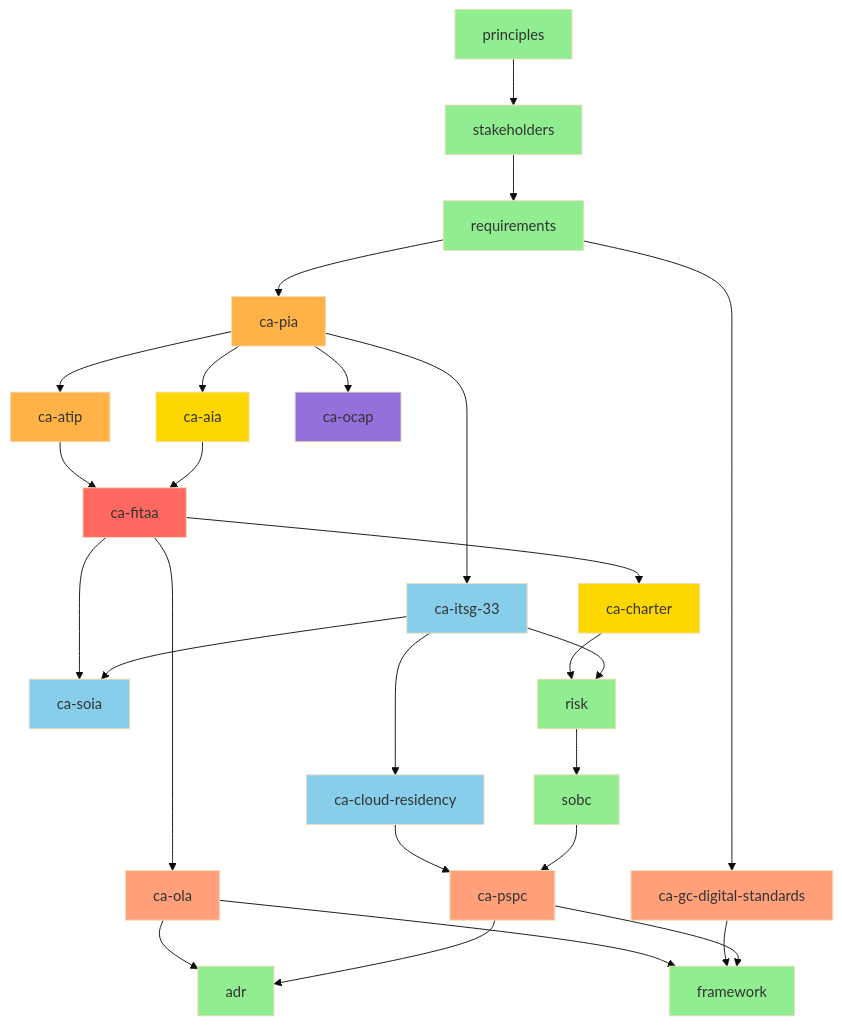
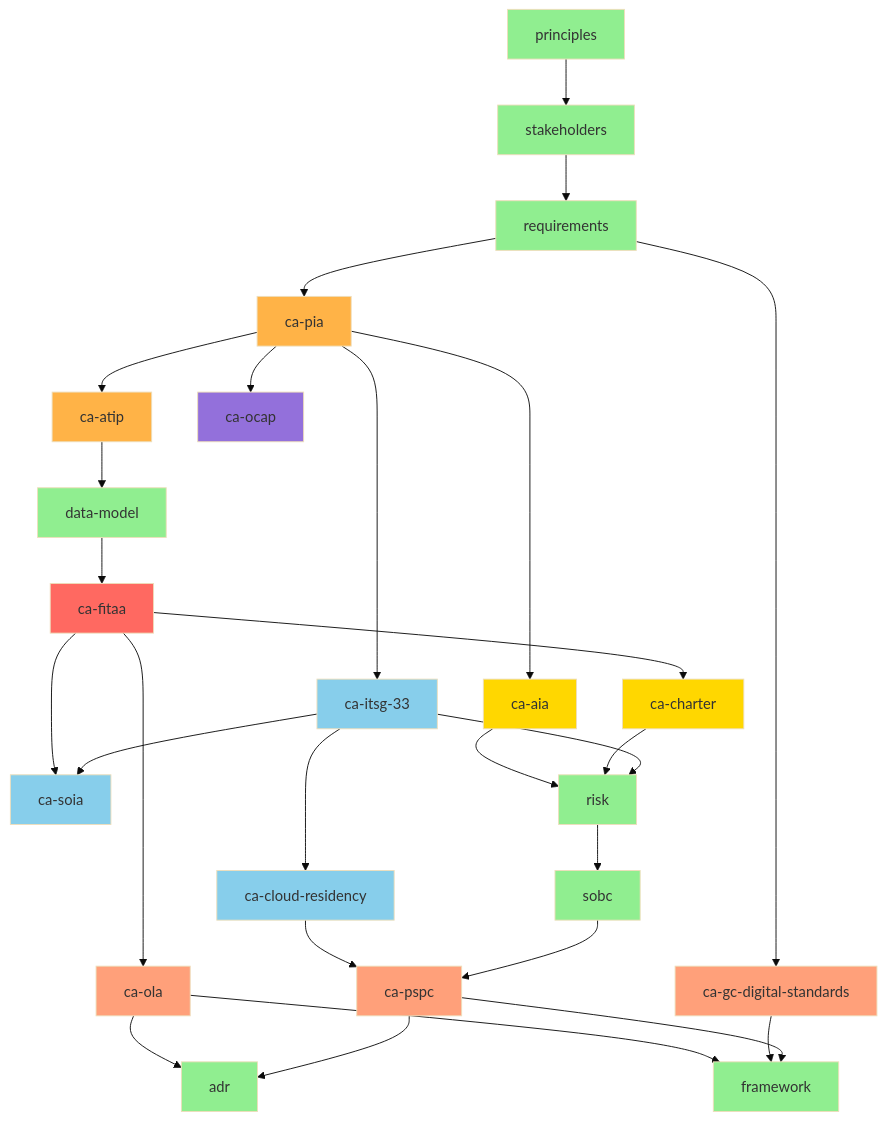
One commit to tractorjuice/arc-kit changed the seventh of 14 diagrams in docs/WORKFLOW-DIAGRAMS.md. Above: the diagram before and after it, drawn with Mermaid (base theme). The commit also changed 73 other files, not shown here.

````diff
--- a/docs/WORKFLOW-DIAGRAMS.md
+++ b/docs/WORKFLOW-DIAGRAMS.md
@@ -913,68 +913,71 @@
 ```mermaid
 graph TD
     principles[principles]
     stakeholders[stakeholders]
     requirements[requirements]
     ca_charter[ca-charter]
     ca_pia[ca-pia]
     ca_fitaa[ca-fitaa]
     ca_atip[ca-atip]
     ca_aia[ca-aia]
     ca_ocap[ca-ocap]
     ca_itsg_33[ca-itsg-33]
     ca_soia[ca-soia]
     ca_cloud_residency[ca-cloud-residency]
     ca_ola[ca-ola]
     ca_gc_digital_standards[ca-gc-digital-standards]
     ca_pspc[ca-pspc]
+    data_model[data-model]
     adr[adr]
     sobc[sobc]
     risk[risk]
     framework[framework]
 
     principles --> stakeholders
     stakeholders --> requirements
     requirements --> ca_pia
     ca_fitaa --> ca_charter
-    ca_atip --> ca_fitaa
-    ca_aia --> ca_fitaa
+    ca_atip --> data_model
+    data_model --> ca_fitaa
+    ca_aia --> risk
     ca_pia --> ca_atip
     ca_pia --> ca_aia
     ca_pia --> ca_ocap
     ca_pia --> ca_itsg_33
     ca_fitaa --> ca_soia
     ca_itsg_33 --> ca_soia
     ca_itsg_33 --> ca_cloud_residency
     ca_fitaa --> ca_ola
     requirements --> ca_gc_digital_standards
     ca_cloud_residency --> ca_pspc
     ca_ola --> adr
     ca_pspc --> adr
     sobc --> ca_pspc
     risk --> sobc
     ca_charter --> risk
     ca_itsg_33 --> risk
     ca_ola --> framework
     ca_gc_digital_standards --> framework
     ca_pspc --> framework
 
     style principles fill:#90EE90
     style stakeholders fill:#90EE90
     style requirements fill:#90EE90
     style ca_charter fill:#FFD700
     style ca_pia fill:#FFB347
     style ca_fitaa fill:#FF6961
     style ca_atip fill:#FFB347
     style ca_aia fill:#FFD700
     style ca_ocap fill:#9370DB
     style ca_itsg_33 fill:#87CEEB
     style ca_soia fill:#87CEEB
     style ca_cloud_residency fill:#87CEEB
     style ca_ola fill:#FFA07A
     style ca_gc_digital_standards fill:#FFA07A
     style ca_pspc fill:#FFA07A
+    style data_model fill:#90EE90
     style adr fill:#90EE90
     style sobc fill:#90EE90
     style risk fill:#90EE90
     style framework fill:#90EE90
 ```
````
